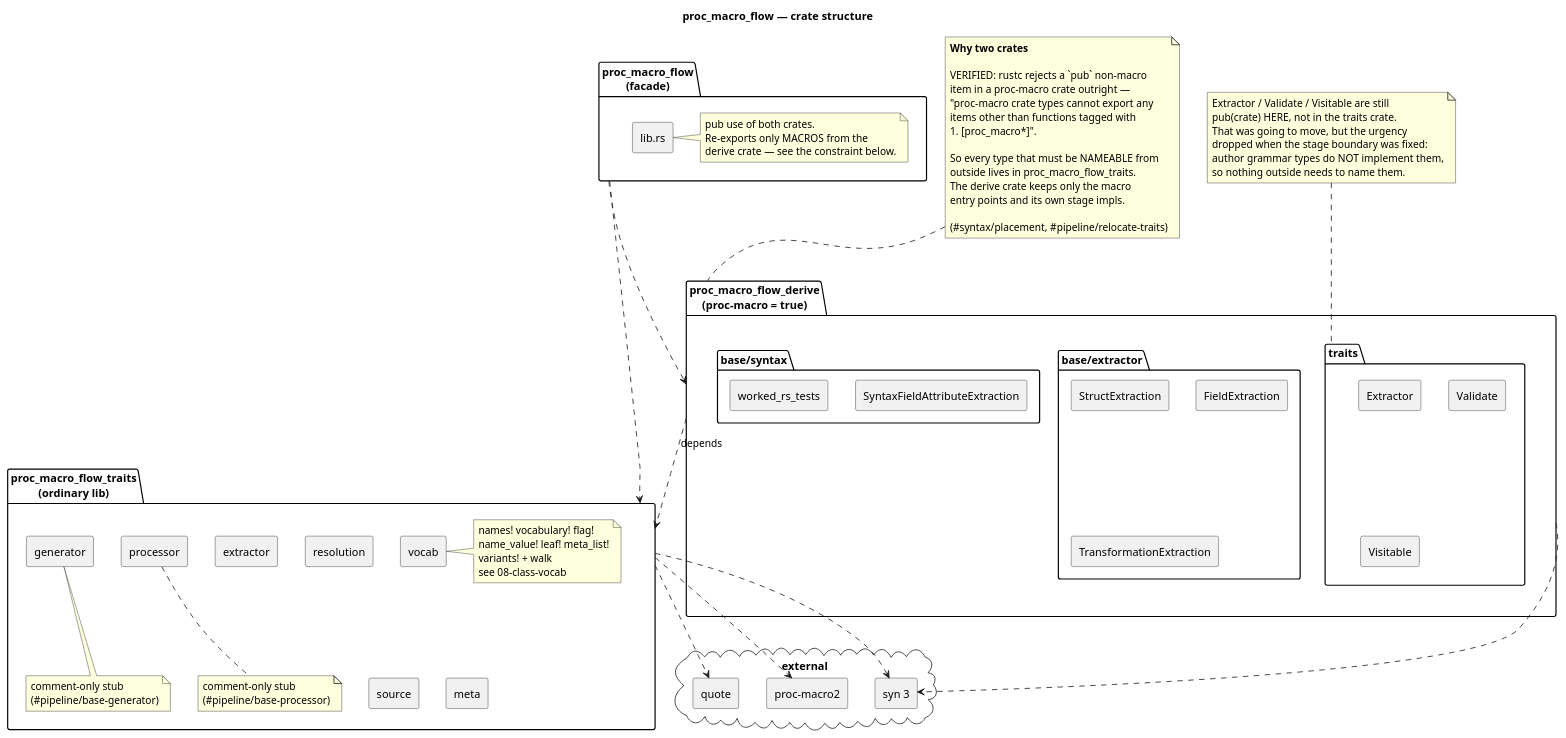
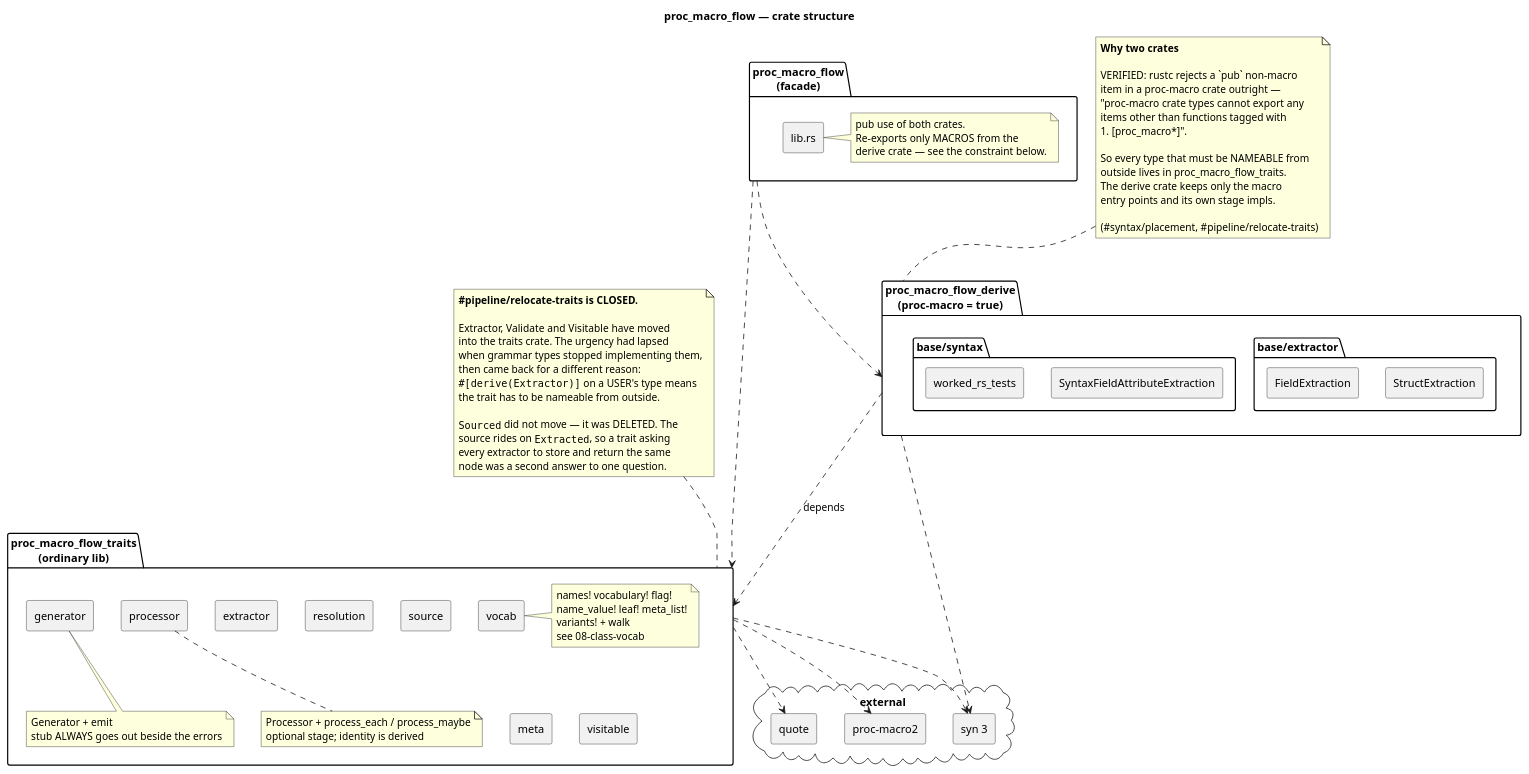
One commit to nzuzomagagula/proc-macro-flow changed the diagram in docs/design/01-component.puml. Above: the diagram before and after it, drawn with PlantUML. The commit also changed 6 other files, not shown here.

```diff
--- a/docs/design/01-component.puml
+++ b/docs/design/01-component.puml
@@ -1,103 +1,105 @@
 @startuml component
 title proc_macro_flow — crate structure
 
 skinparam componentStyle rectangle
 skinparam shadowing false
 
 package "proc_macro_flow\n(facade)" as facade {
   [lib.rs] as Facade
   note right of Facade
     pub use of both crates.
     Re-exports only MACROS from the
     derive crate — see the constraint below.
   end note
 }
 
 package "proc_macro_flow_traits\n(ordinary lib)" as traits {
   [extractor] as T_Extractor
   [resolution] as T_Resolution
   [source] as T_Source
   [meta] as T_Meta
   [vocab] as T_Vocab
+  [visitable] as T_Visitable
   [processor] as T_Processor
   [generator] as T_Generator
 
   note right of T_Vocab
     names! vocabulary! flag!
     name_value! leaf! meta_list!
     variants! + walk
     see 08-class-vocab
   end note
 
   note bottom of T_Processor
-    comment-only stub
-    (#pipeline/base-processor)
+    Processor + process_each / process_maybe
+    optional stage; identity is derived
   end note
   note bottom of T_Generator
-    comment-only stub
-    (#pipeline/base-generator)
+    Generator + emit
+    stub ALWAYS goes out beside the errors
   end note
 }
 
 package "proc_macro_flow_derive\n(proc-macro = true)" as derive {
-  package "traits" as traits_mod {
-    [Extractor] as D_Extractor
-    [Validate] as D_Validate
-    [Visitable] as D_Visitable
-  }
   package "base/extractor" as base_extractor {
     [StructExtraction] as D_Struct
     [FieldExtraction] as D_Field
-    [TransformationExtraction] as D_Transform
   }
   package "base/syntax" as base_syntax {
     [SyntaxFieldAttributeExtraction] as D_Syntax
     [worked_rs_tests] as D_Worked
   }
 }
 
 cloud "external" {
   [syn 3] as Syn
   [quote] as Quote
   [proc-macro2] as PM2
 }
 
 derive ..> traits : depends
 facade ..> traits
 facade ..> derive
 traits ..> Syn
 traits ..> Quote
 traits ..> PM2
 derive ..> Syn
 
 note as Constraint
   **Why two crates**
 
   VERIFIED: rustc rejects a `pub` non-macro
   item in a proc-macro crate outright —
   "proc-macro crate types cannot export any
   items other than functions tagged with
   #[proc_macro*]".
 
   So every type that must be NAMEABLE from
   outside lives in proc_macro_flow_traits.
   The derive crate keeps only the macro
   entry points and its own stage impls.
 
   (#syntax/placement, #pipeline/relocate-traits)
 end note
 
 Constraint .. derive
 
 note as TraitHome
-  Extractor / Validate / Visitable are still
-  pub(crate) HERE, not in the traits crate.
-  That was going to move, but the urgency
-  dropped when the stage boundary was fixed:
-  author grammar types do NOT implement them,
-  so nothing outside needs to name them.
+  **#pipeline/relocate-traits is CLOSED.**
+
+  Extractor, Validate and Visitable have moved
+  into the traits crate. The urgency had lapsed
+  when grammar types stopped implementing them,
+  then came back for a different reason:
+  ""#[derive(Extractor)]"" on a USER's type means
+  the trait has to be nameable from outside.
+
+  ""Sourced"" did not move — it was DELETED. The
+  source rides on ""Extracted"", so a trait asking
+  every extractor to store and return the same
+  node was a second answer to one question.
 end note
 
-TraitHome .. traits_mod
+TraitHome .. traits
 
 @enduml
```
